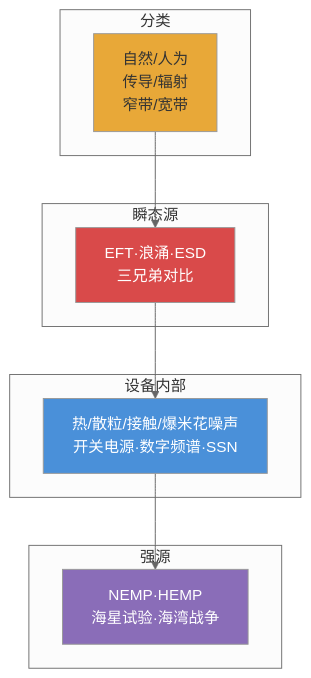
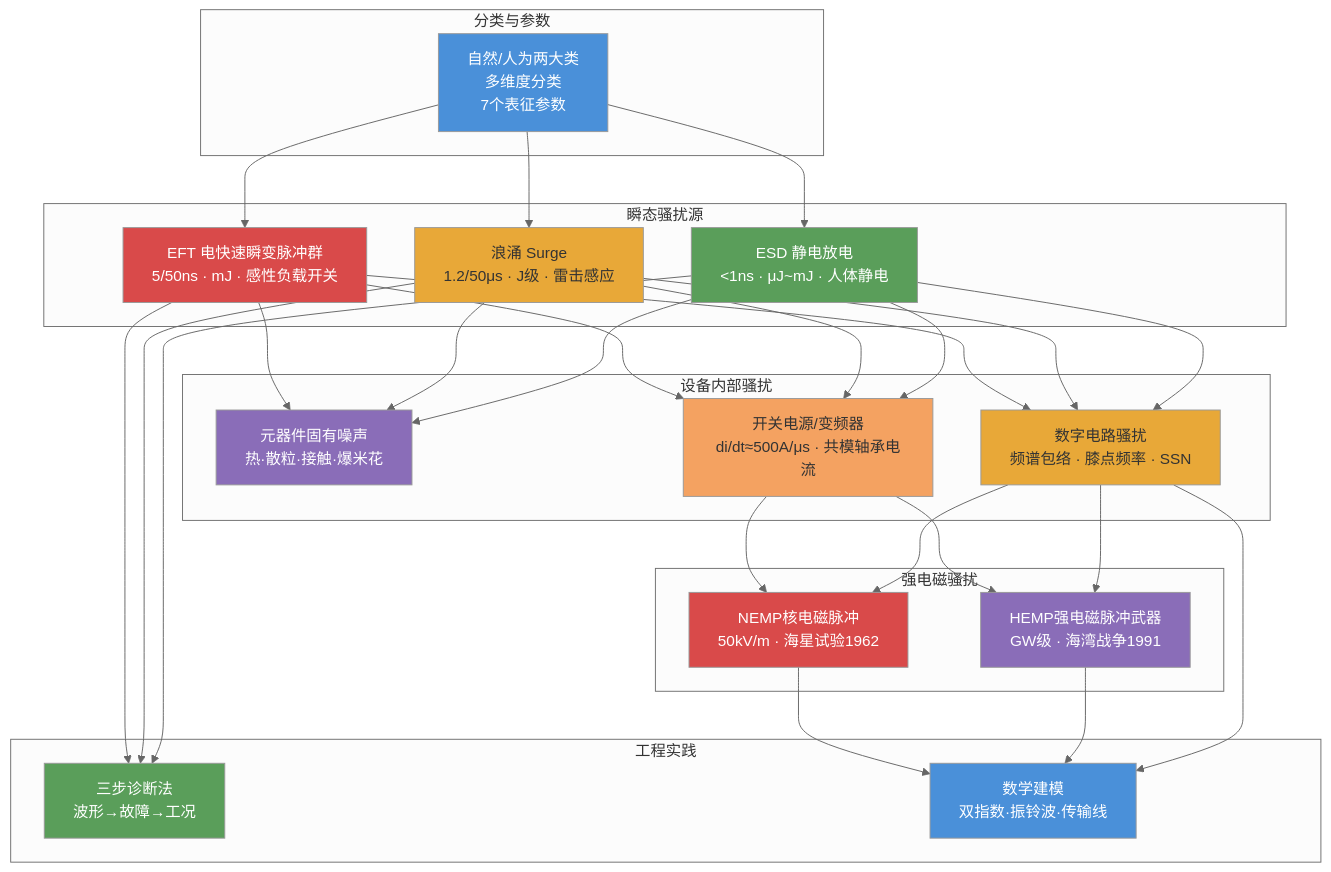
Before and after one commit to huoli4844/mybook: the fifth of 5 diagrams in output/第3章-电磁骚扰源.md, drawn with Mermaid. The commit also changed other lines of this file and 15 other files, not shown here.

````diff
--- a/output/第3章-电磁骚扰源.md
+++ b/output/第3章-电磁骚扰源.md
@@ -1093,21 +1105,44 @@
 ```mermaid
 %%{init: {"flowchart": {"useMaxWidth": false, "htmlLabels": true}, "theme": "neutral"}}%%
 graph TB
-    subgraph 分类
-        A["自然/人为<br>传导/辐射<br>窄带/宽带"]
+    subgraph 分类与参数
+        A1["自然/人为两大类<br>多维度分类<br>7个表征参数"]
     end
-    subgraph 瞬态源
-        B["EFT·浪涌·ESD<br>三兄弟对比"]
+    subgraph 瞬态骚扰源
+        B1["EFT 电快速瞬变脉冲群<br>5/50ns · mJ · 感性负载开关"]
+        B2["浪涌 Surge<br>1.2/50μs · J级 · 雷击感应"]
+        B3["ESD 静电放电<br><1ns · μJ~mJ · 人体静电"]
     end
-    subgraph 设备内部
-        C["热/散粒/接触/爆米花噪声<br>开关电源·数字频谱·SSN"]
+    subgraph 设备内部骚扰
+        C1["元器件固有噪声<br>热·散粒·接触·爆米花"]
+        C2["开关电源/变频器<br>di/dt≈500A/μs · 共模轴承电流"]
+        C3["数字电路骚扰<br>频谱包络 · 膝点频率 · SSN"]
     end
-    subgraph 强源
-        D["NEMP·HEMP<br>海星试验·海湾战争"]
+    subgraph 强电磁骚扰
+        D1["NEMP核电磁脉冲<br>50kV/m · 海星试验1962"]
+        D2["HEMP强电磁脉冲武器<br>GW级 · 海湾战争1991"]
     end
-    A --> B --> C --> D
-    style A fill:#e8a838,color:#333
-    style B fill:#d94a4a,color:#fff
-    style C fill:#4a90d9,color:#fff
-    style D fill:#8a6db8,color:#fff
+    subgraph 工程实践
+        E1["三步诊断法<br>波形→故障→工况"]
+        E2["数学建模<br>双指数·振铃波·传输线"]
+    end
+    
+    A1 --> B1 & B2 & B3
+    B1 & B2 & B3 --> C1 & C2 & C3
+    C2 & C3 --> D1 & D2
+    B1 & B2 & B3 --> E1
+    D1 & D2 --> E2
+    C3 --> E2
+
+    style A1 fill:#4a90d9,color:#fff
+    style B1 fill:#d94a4a,color:#fff
+    style B2 fill:#e8a838,color:#333
+    style B3 fill:#5a9e5a,color:#fff
+    style C1 fill:#8a6db8,color:#fff
+    style C2 fill:#f4a261,color:#333
+    style C3 fill:#e8a838,color:#333
+    style D1 fill:#d94a4a,color:#fff
+    style D2 fill:#8a6db8,color:#fff
+    style E1 fill:#5a9e5a,color:#fff
+    style E2 fill:#4a90d9,color:#fff
 ```
````
